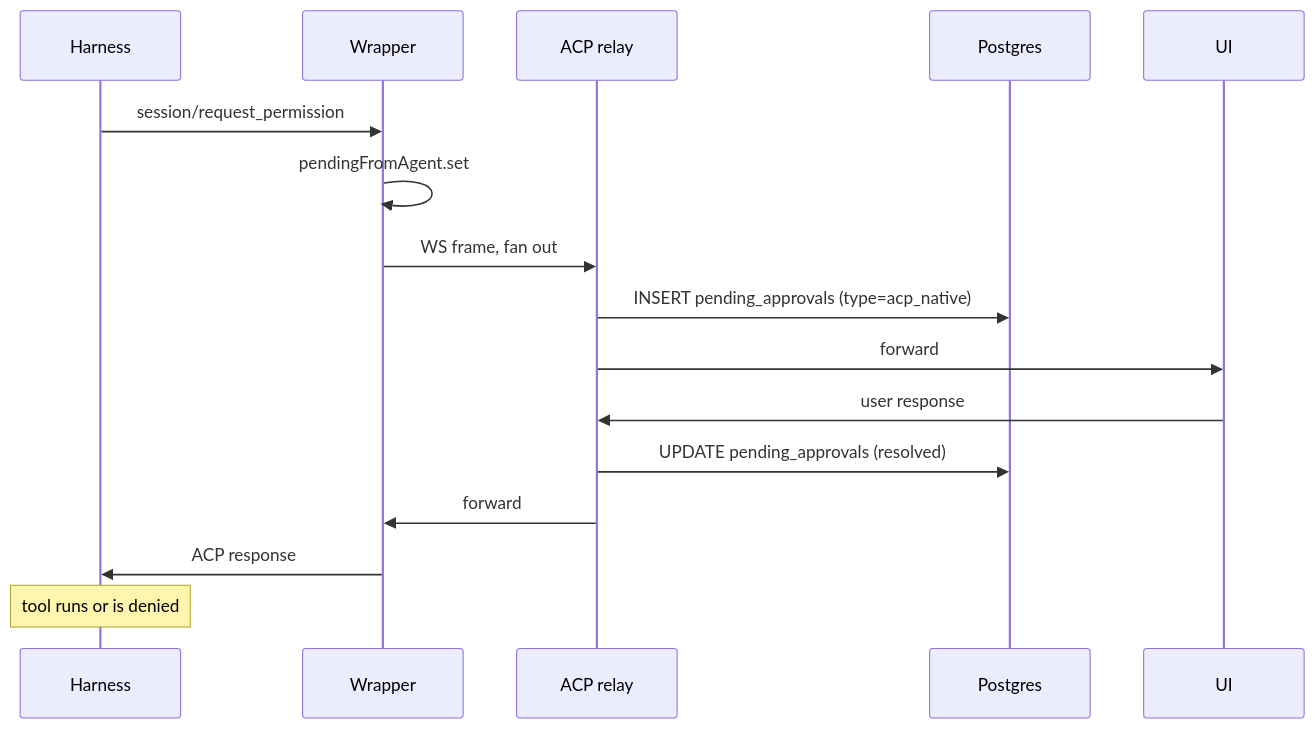
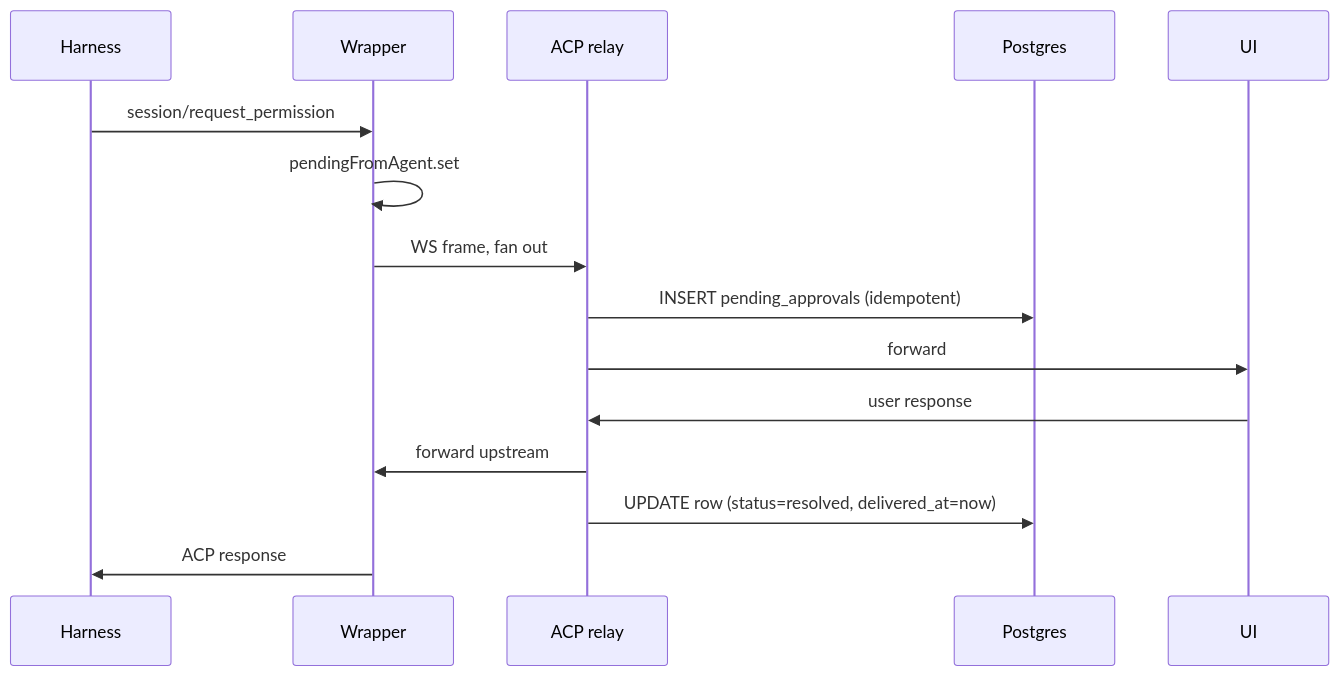
One commit to kagenti/humr changed the second of 3 diagrams in docs/adrs/DRAFT-unified-hitl-ux.md. Above: the diagram before and after it, drawn with Mermaid. The commit also changed other lines of this file and 66 other files, not shown here.

````diff
--- a/docs/adrs/DRAFT-unified-hitl-ux.md
+++ b/docs/adrs/DRAFT-unified-hitl-ux.md
@@ -160,19 +261,18 @@
 ```mermaid
 sequenceDiagram
     participant Harness
     participant Wrapper
     participant Relay as ACP relay
     participant DB as Postgres
     participant UI
 
     Harness->>Wrapper: session/request_permission
     Wrapper->>Wrapper: pendingFromAgent.set
     Wrapper->>Relay: WS frame, fan out
-    Relay->>DB: INSERT pending_approvals (type=acp_native)
+    Relay->>DB: INSERT pending_approvals (idempotent)
     Relay->>UI: forward
     UI->>Relay: user response
-    Relay->>DB: UPDATE pending_approvals (resolved)
-    Relay->>Wrapper: forward
+    Relay->>Wrapper: forward upstream
+    Relay->>DB: UPDATE row (status=resolved, delivered_at=now)
     Wrapper->>Harness: ACP response
-    Note over Harness: tool runs or is denied
 ```
````
